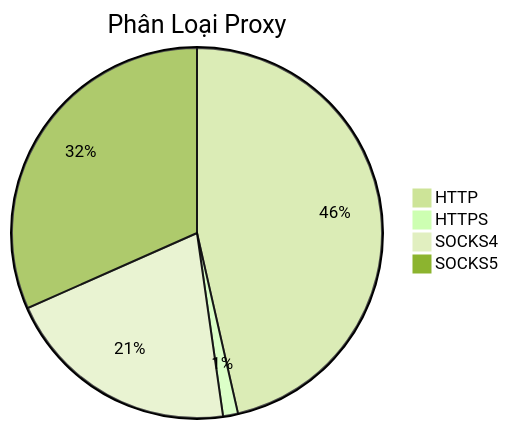
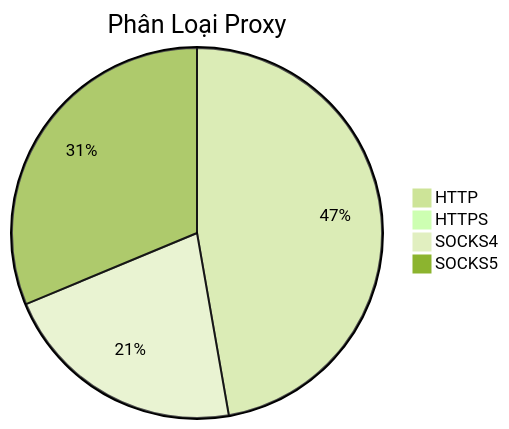
The diagram in README.md (Ciara-Aa/PROXY-free), drawn with Mermaid (forest theme) before and after one commit. The commit also changed other lines of this file and 4 other files, not shown here.

````diff
--- a/README.md
+++ b/README.md
@@ -26,7 +26,7 @@
 ```mermaid
 pie title Phân Loại Proxy
-    "HTTP" : 320
-    "HTTPS" : 9
-    "SOCKS4" : 142
-    "SOCKS5" : 218
+    "HTTP" : 352
+    "HTTPS" : 6
+    "SOCKS4" : 160
+    "SOCKS5" : 233
 ```
````
